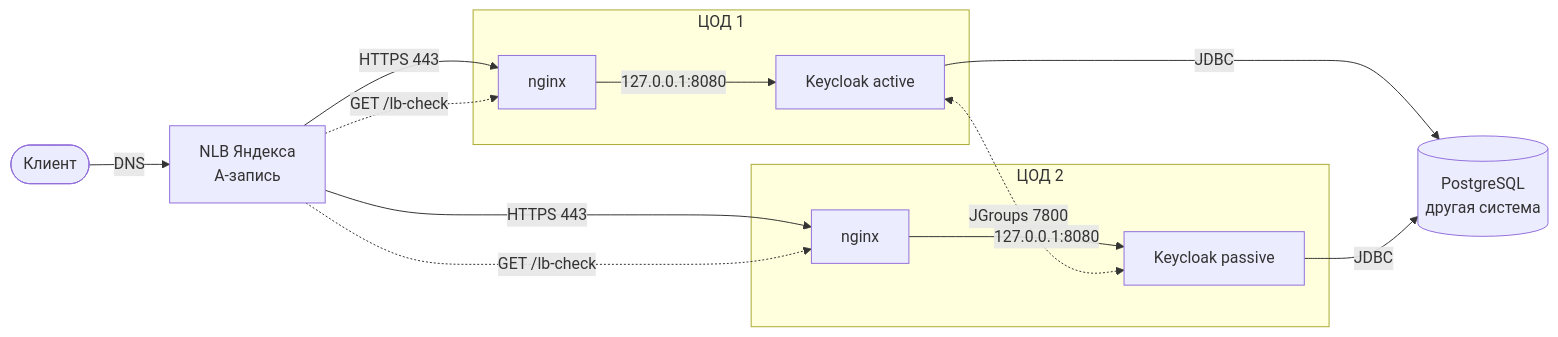
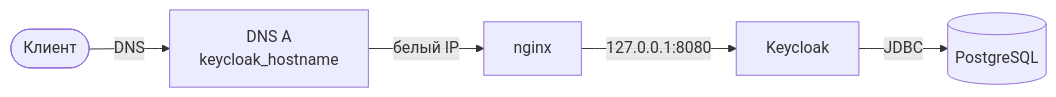
The first of 2 diagrams in README.md (sysadm1989/keycloak), drawn with Mermaid before and after one commit. The commit also changed other lines of this file and 51 other files, not shown here.

````diff
--- a/README.md
+++ b/README.md
@@ -21,30 +19,10 @@
 ```mermaid
 flowchart LR
   client([Клиент])
-  nlb["NLB Яндекса<br/>A-запись"]
+  dns["DNS A<br/>keycloak_hostname"]
 
-  client -->|DNS| nlb
-
-  subgraph dc1["ЦОД 1"]
-    ngx1[nginx]
-    kc1["Keycloak active"]
-    ngx1 -->|127.0.0.1:8080| kc1
-  end
-
-  subgraph dc2["ЦОД 2"]
-    ngx2[nginx]
-    kc2["Keycloak passive"]
-    ngx2 -->|127.0.0.1:8080| kc2
-  end
-
-  db[("PostgreSQL<br/>другая система")]
-
-  nlb -->|HTTPS 443| ngx1
-  nlb -->|HTTPS 443| ngx2
-  nlb -.->|GET /lb-check| ngx1
-  nlb -.->|GET /lb-check| ngx2
-
-  kc1 <-.->|JGroups 7800| kc2
-  kc1 -->|JDBC| db
-  kc2 -->|JDBC| db
+  client -->|DNS| dns
+  dns -->|белый IP| nginx
+  nginx -->|127.0.0.1:8080| kc["Keycloak"]
+  kc -->|JDBC| db[("PostgreSQL")]
 ```
````
